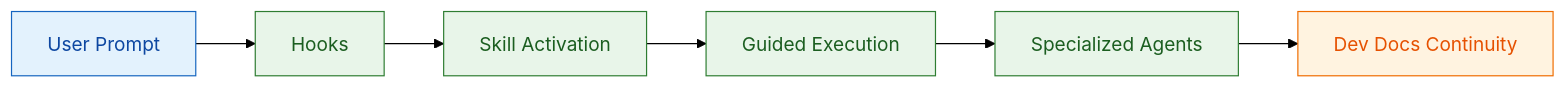
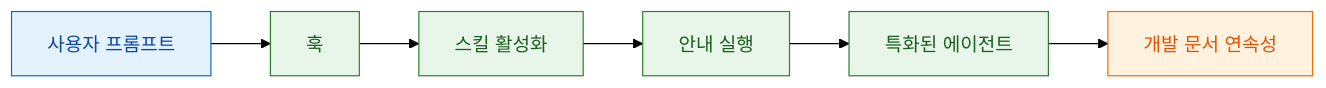
The first of 4 diagrams in content/post/2026/2026-02-23-claude-code-infrastructure-showcase-integration-guide.md (gyuha/blog), drawn with Mermaid (forest theme) before and after one commit. The commit also changed other lines of this file, not shown here.

````diff
--- a/content/post/2026/2026-02-23-claude-code-infrastructure-showcase-integration-guide.md
+++ b/content/post/2026/2026-02-23-claude-code-infrastructure-showcase-integration-guide.md
@@ -37,15 +37,15 @@
 ```mermaid
 flowchart LR
-  A["User Prompt"] --> B["Hooks"]
-  B --> C["Skill Activation"]
-  C --> D["Guided Execution"]
-  D --> E["Specialized Agents"]
-  E --> F["Dev Docs Continuity"]
+  A["사용자 프롬프트"] --> B["훅"]
+  B --> C["스킬 활성화"]
+  C --> D["안내 실행"]
+  D --> E["특화된 에이전트"]
+  E --> F["개발 문서 연속성"]
 
   classDef input fill:#e3f2fd,stroke:#1565c0,color:#0d47a1
   classDef control fill:#e8f5e9,stroke:#2e7d32,color:#1b5e20
   classDef output fill:#fff3e0,stroke:#ef6c00,color:#e65100
   class A input
   class B,C,D,E control
   class F output
 ```
````
